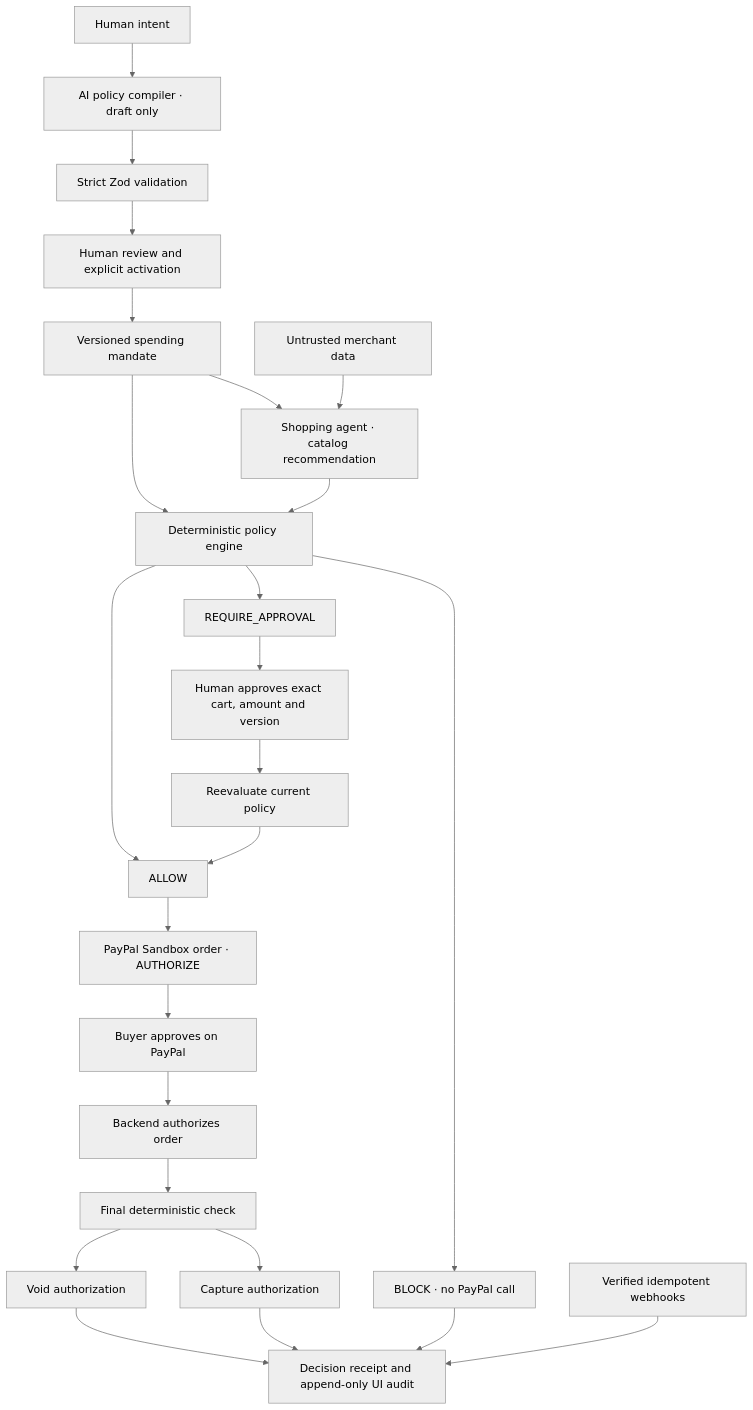
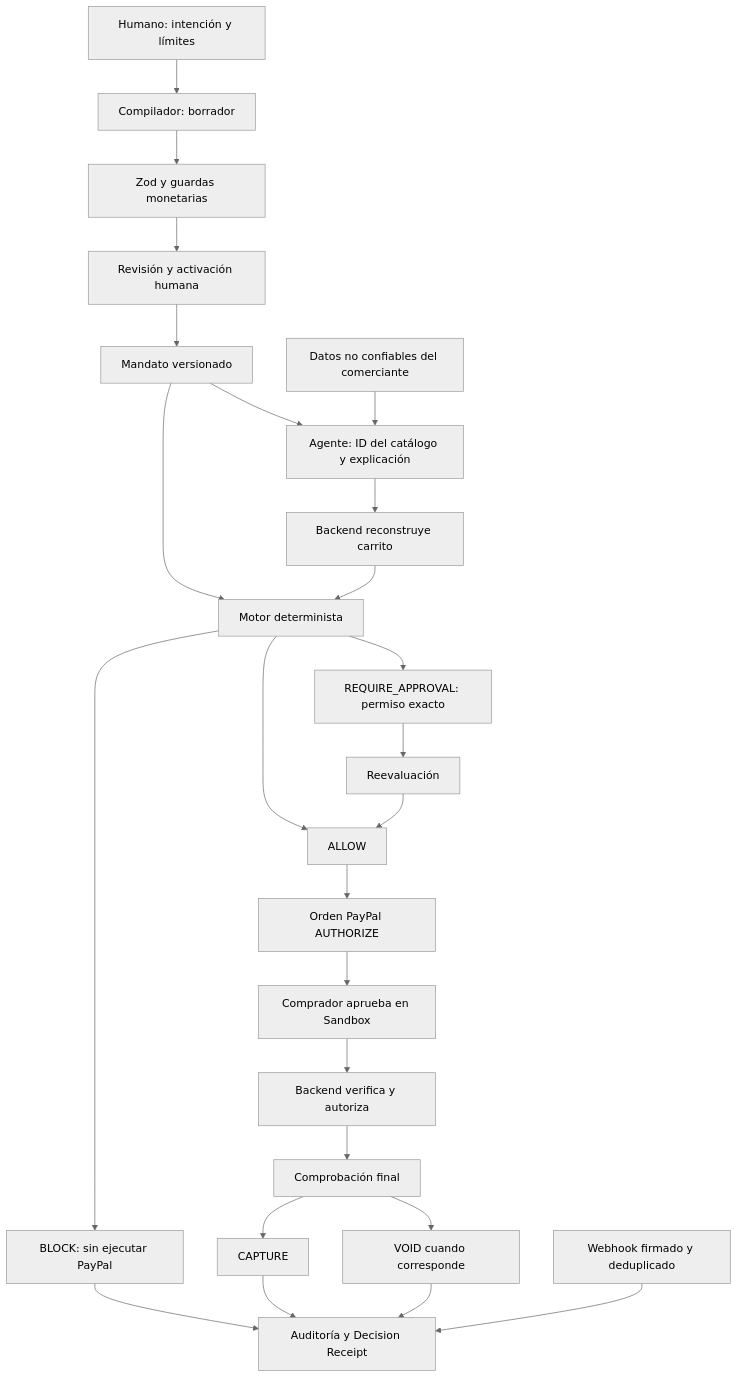
One commit to magic-tps/AgentGuard-Paypal changed the diagram in README.md. Above: the diagram before and after it, drawn with Mermaid (neutral theme). The commit also changed other lines of this file, not shown here.

Commit message:
chore: finalize AgentGuard deployment

````diff
--- a/README.md
+++ b/README.md
@@ -46,27 +287,27 @@
 ```mermaid
 flowchart TD
-    H[Human intent] --> C[AI policy compiler · draft only]
-    C --> V[Strict Zod validation]
-    V --> R[Human review and explicit activation]
-    R --> M[Versioned spending mandate]
-    M --> A[Shopping agent · catalog recommendation]
-    U[Untrusted merchant data] --> A
-    A --> P[Deterministic policy engine]
-    M --> P
-    P --> B[BLOCK · no PayPal call]
-    P --> Q[REQUIRE_APPROVAL]
-    Q --> HR[Human approves exact cart, amount and version]
-    HR --> P2[Reevaluate current policy]
+    H[Humano: intención y límites] --> C[Compilador: borrador]
+    C --> Z[Zod y guardas monetarias]
+    Z --> R[Revisión y activación humana]
+    R --> M[Mandato versionado]
+    M --> A[Agente: ID del catálogo y explicación]
+    U[Datos no confiables del comerciante] --> A
+    A --> Q[Backend reconstruye carrito]
+    M --> P[Motor determinista]
+    Q --> P
+    P --> B[BLOCK: sin ejecutar PayPal]
+    P --> HR[REQUIRE_APPROVAL: permiso exacto]
+    HR --> RE[Reevaluación]
     P --> AL[ALLOW]
-    P2 --> AL
-    AL --> O[PayPal Sandbox order · AUTHORIZE]
-    O --> BA[Buyer approves on PayPal]
-    BA --> AU[Backend authorizes order]
-    AU --> F[Final deterministic check]
-    F --> CA[Capture authorization]
-    F --> VO[Void authorization]
-    B --> DR[Decision receipt and append-only UI audit]
-    CA --> DR
-    VO --> DR
-    WH[Verified idempotent webhooks] --> DR
+    RE --> AL
+    AL --> O[Orden PayPal AUTHORIZE]
+    O --> BA[Comprador aprueba en Sandbox]
+    BA --> V[Backend verifica y autoriza]
+    V --> F[Comprobación final]
+    F --> CP[CAPTURE]
+    F --> VO[VOID cuando corresponde]
+    B --> REC[Auditoría y Decision Receipt]
+    CP --> REC
+    VO --> REC
+    WH[Webhook firmado y deduplicado] --> REC
 ```
````
